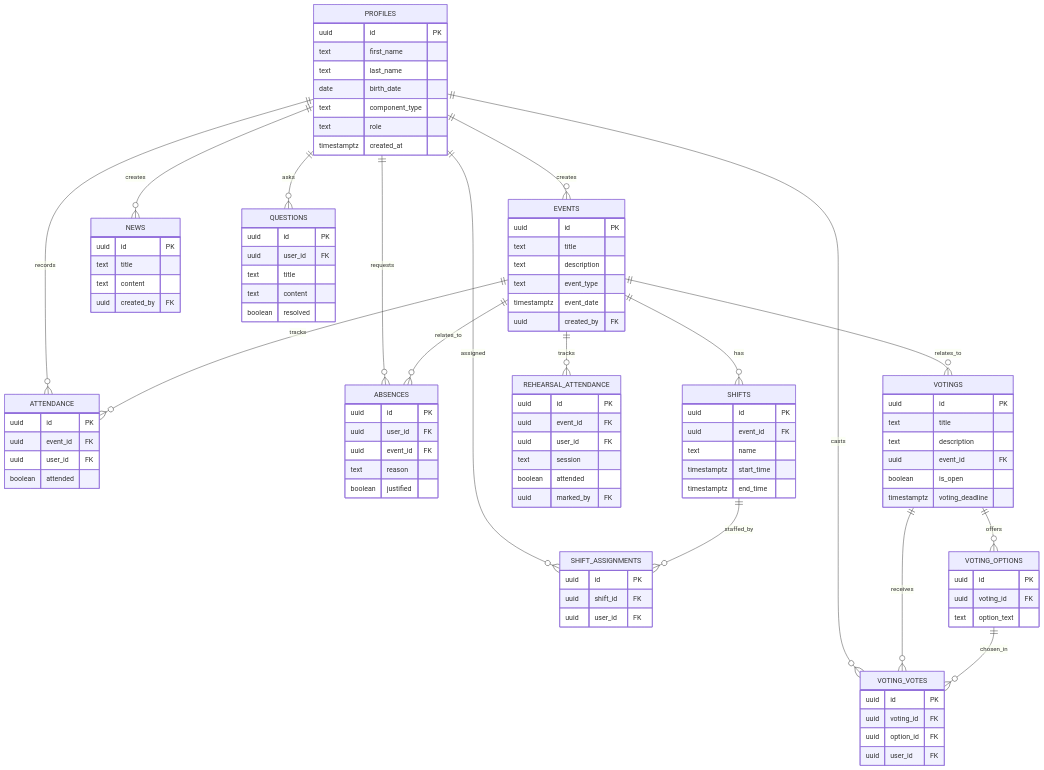
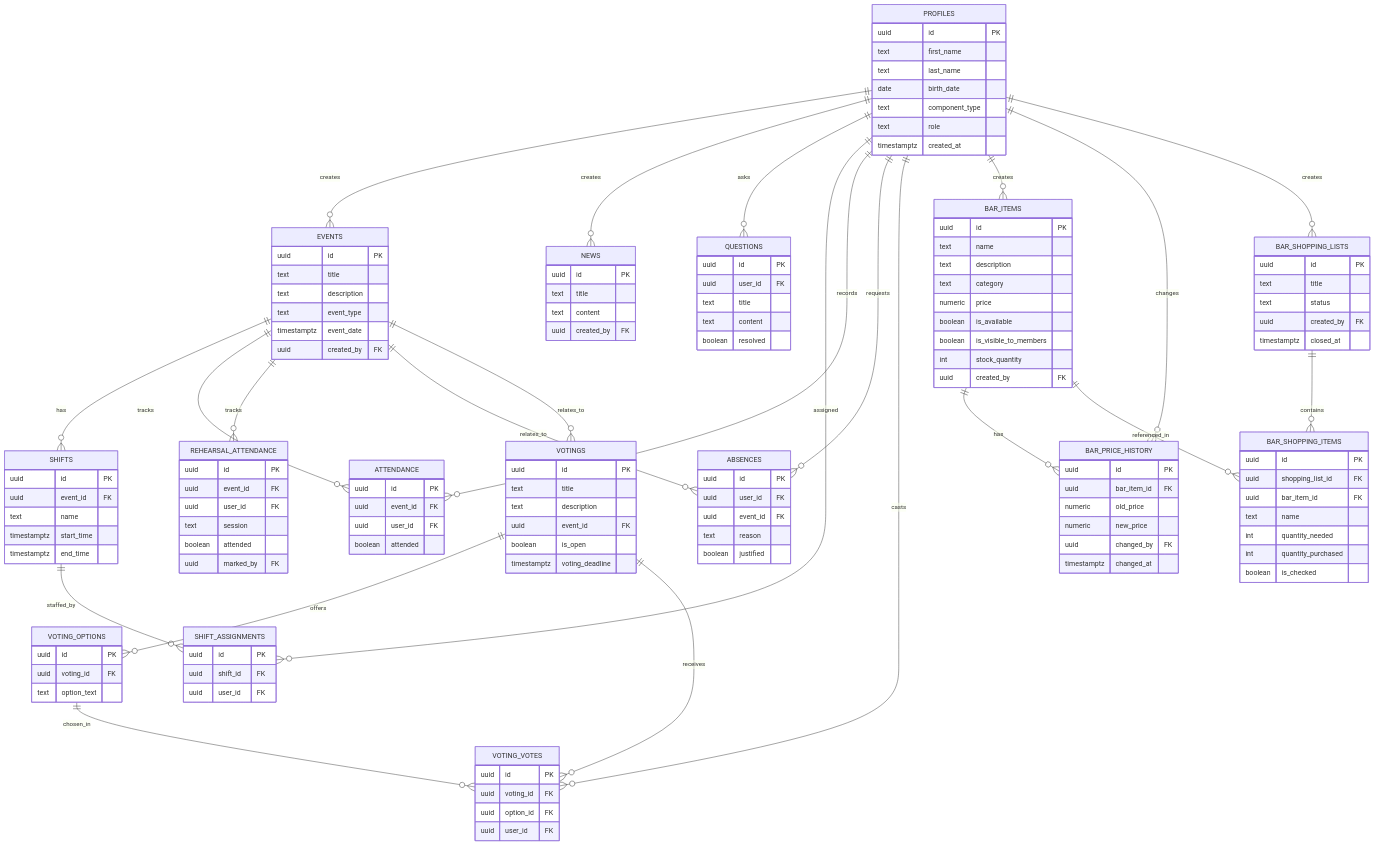
Before and after one commit to JoserraLP/umsuka-imbali-app: the diagram in docs/DATABASE.md, drawn with Mermaid. The commit also changed other lines of this file and 29 other files, not shown here.

````diff
--- a/docs/DATABASE.md
+++ b/docs/DATABASE.md
@@ -15,6 +15,13 @@
     PROFILES ||--o{ ATTENDANCE : records
     PROFILES ||--o{ ABSENCES : requests
     PROFILES ||--o{ VOTING_VOTES : casts
+    PROFILES ||--o{ BAR_ITEMS : creates
+    PROFILES ||--o{ BAR_PRICE_HISTORY : changes
+    PROFILES ||--o{ BAR_SHOPPING_LISTS : creates
+
+    BAR_ITEMS ||--o{ BAR_PRICE_HISTORY : has
+    BAR_ITEMS ||--o{ BAR_SHOPPING_ITEMS : referenced_in
+    BAR_SHOPPING_LISTS ||--o{ BAR_SHOPPING_ITEMS : contains
 
     EVENTS ||--o{ SHIFTS : has
     EVENTS ||--o{ ATTENDANCE : tracks
@@ -110,4 +117,39 @@
         uuid option_id FK
         uuid user_id FK
     }
+    BAR_ITEMS {
+        uuid id PK
+        text name
+        text description
+        text category
+        numeric price
+        boolean is_available
+        boolean is_visible_to_members
+        int stock_quantity
+        uuid created_by FK
+    }
+    BAR_PRICE_HISTORY {
+        uuid id PK
+        uuid bar_item_id FK
+        numeric old_price
+        numeric new_price
+        uuid changed_by FK
+        timestamptz changed_at
+    }
+    BAR_SHOPPING_LISTS {
+        uuid id PK
+        text title
+        text status
+        uuid created_by FK
+        timestamptz closed_at
+    }
+    BAR_SHOPPING_ITEMS {
+        uuid id PK
+        uuid shopping_list_id FK
+        uuid bar_item_id FK
+        text name
+        int quantity_needed
+        int quantity_purchased
+        boolean is_checked
+    }
 ```
````
